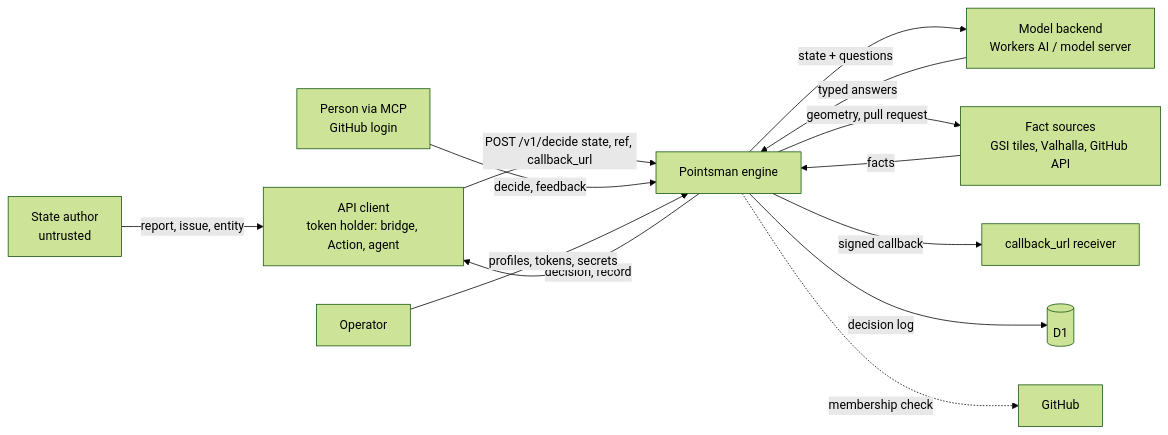
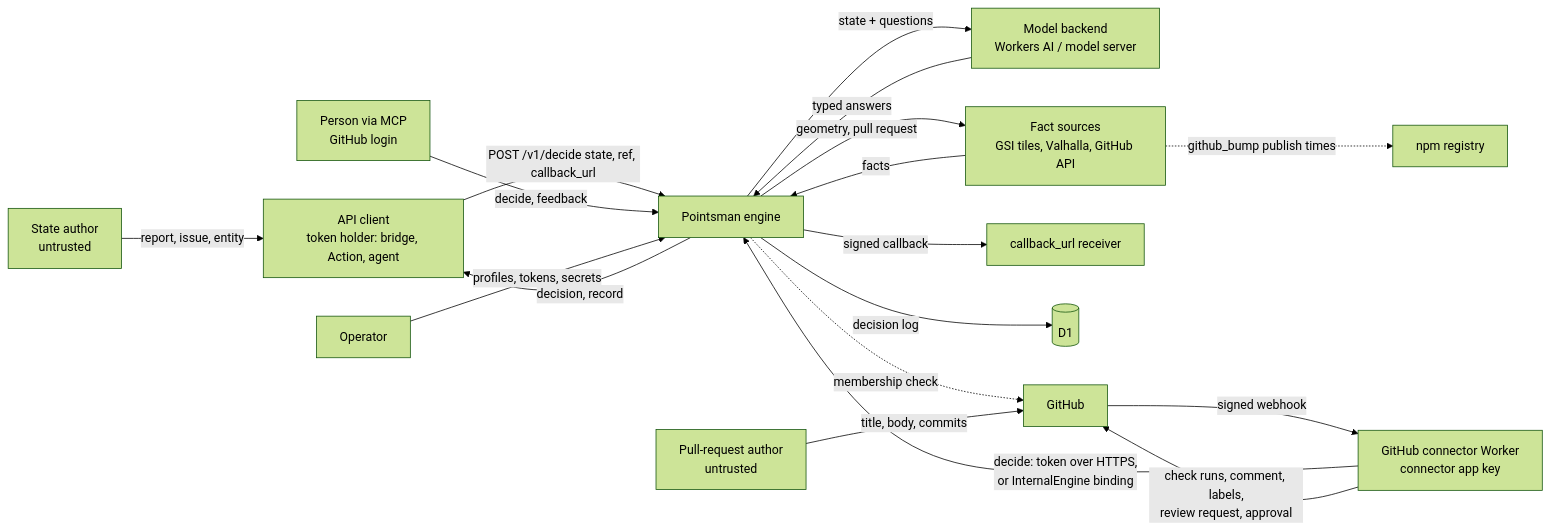
Before and after one commit to geolonia/pointsman: the diagram in threat-model.md, drawn with Mermaid (forest theme). The commit also changed other lines of this file and 3 other files, not shown here.

First line of the commit message:
Threat model: github_bump, the internal call and the GitHub connector (#190)

````diff
--- a/threat-model.md
+++ b/threat-model.md
@@ -313,15 +404,20 @@
 ```mermaid
 flowchart LR
   SA[State author<br/>untrusted] -->|report, issue, entity| C[API client<br/>token holder: bridge, Action, agent]
   C -->|POST /v1/decide state, ref, callback_url| E[Pointsman engine]
   P[Person via MCP<br/>GitHub login] -->|decide, feedback| E
   E -->|state + questions| M[Model backend<br/>Workers AI / model server]
   M -->|typed answers| E
   E -->|geometry, pull request| F[Fact sources<br/>GSI tiles, Valhalla, GitHub API]
   F -->|facts| E
   E -->|decision, record| C
   E -->|signed callback| CB[callback_url receiver]
   E -->|decision log| D1[(D1)]
   E -.->|membership check| GH[GitHub]
   OP[Operator] -->|profiles, tokens, secrets| E
+  F -.->|github_bump publish times| NPM[npm registry]
+  PA[Pull-request author<br/>untrusted] -->|title, body, commits| GH
+  GH -->|signed webhook| GC[GitHub connector Worker<br/>connector app key]
+  GC -->|decide: token over HTTPS,<br/>or InternalEngine binding| E
+  GC -->|check runs, comment, labels,<br/>review request, approval| GH
 ```
````
